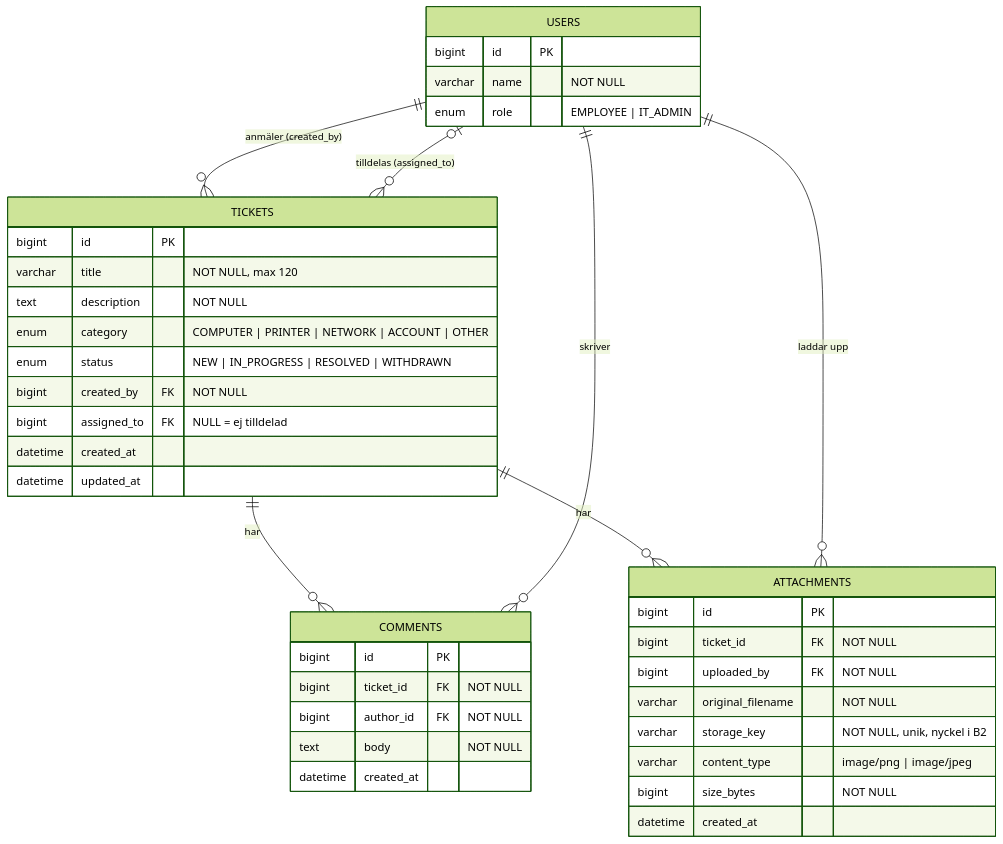
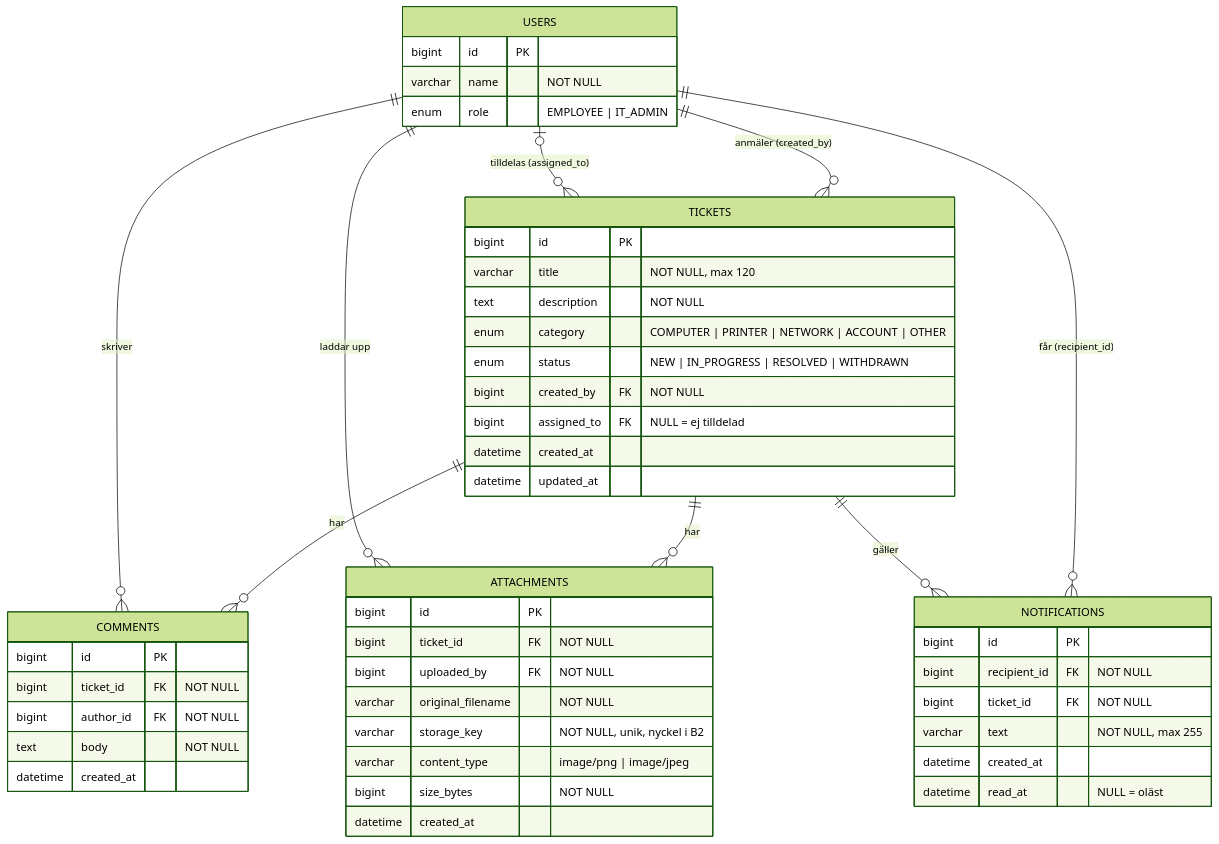
The diagram in docs/databasschema.md (theBANDsoftware/Helpdesk_BANMD), drawn with Mermaid (forest theme) before and after one commit. The commit also changed other lines of this file and 22 other files, not shown here.

````diff
--- a/docs/databasschema.md
+++ b/docs/databasschema.md
@@ -11,43 +11,53 @@
 ```mermaid
 erDiagram
     USERS ||--o{ TICKETS : "anmäler (created_by)"
     USERS |o--o{ TICKETS : "tilldelas (assigned_to)"
     TICKETS ||--o{ COMMENTS : har
     USERS ||--o{ COMMENTS : skriver
     TICKETS ||--o{ ATTACHMENTS : har
     USERS ||--o{ ATTACHMENTS : "laddar upp"
+    USERS ||--o{ NOTIFICATIONS : "får (recipient_id)"
+    TICKETS ||--o{ NOTIFICATIONS : gäller
 
     USERS {
         bigint id PK
         varchar name "NOT NULL"
         enum role "EMPLOYEE | IT_ADMIN"
     }
     TICKETS {
         bigint id PK
         varchar title "NOT NULL, max 120"
         text description "NOT NULL"
         enum category "COMPUTER | PRINTER | NETWORK | ACCOUNT | OTHER"
         enum status "NEW | IN_PROGRESS | RESOLVED | WITHDRAWN"
         bigint created_by FK "NOT NULL"
         bigint assigned_to FK "NULL = ej tilldelad"
         datetime created_at
         datetime updated_at
     }
     COMMENTS {
         bigint id PK
         bigint ticket_id FK "NOT NULL"
         bigint author_id FK "NOT NULL"
         text body "NOT NULL"
         datetime created_at
     }
     ATTACHMENTS {
         bigint id PK
         bigint ticket_id FK "NOT NULL"
         bigint uploaded_by FK "NOT NULL"
         varchar original_filename "NOT NULL"
         varchar storage_key "NOT NULL, unik, nyckel i B2"
         varchar content_type "image/png | image/jpeg"
         bigint size_bytes "NOT NULL"
         datetime created_at
     }
+    NOTIFICATIONS {
+        bigint id PK
+        bigint recipient_id FK "NOT NULL"
+        bigint ticket_id FK "NOT NULL"
+        varchar text "NOT NULL, max 255"
+        datetime created_at
+        datetime read_at "NULL = oläst"
+    }
 ```
````
